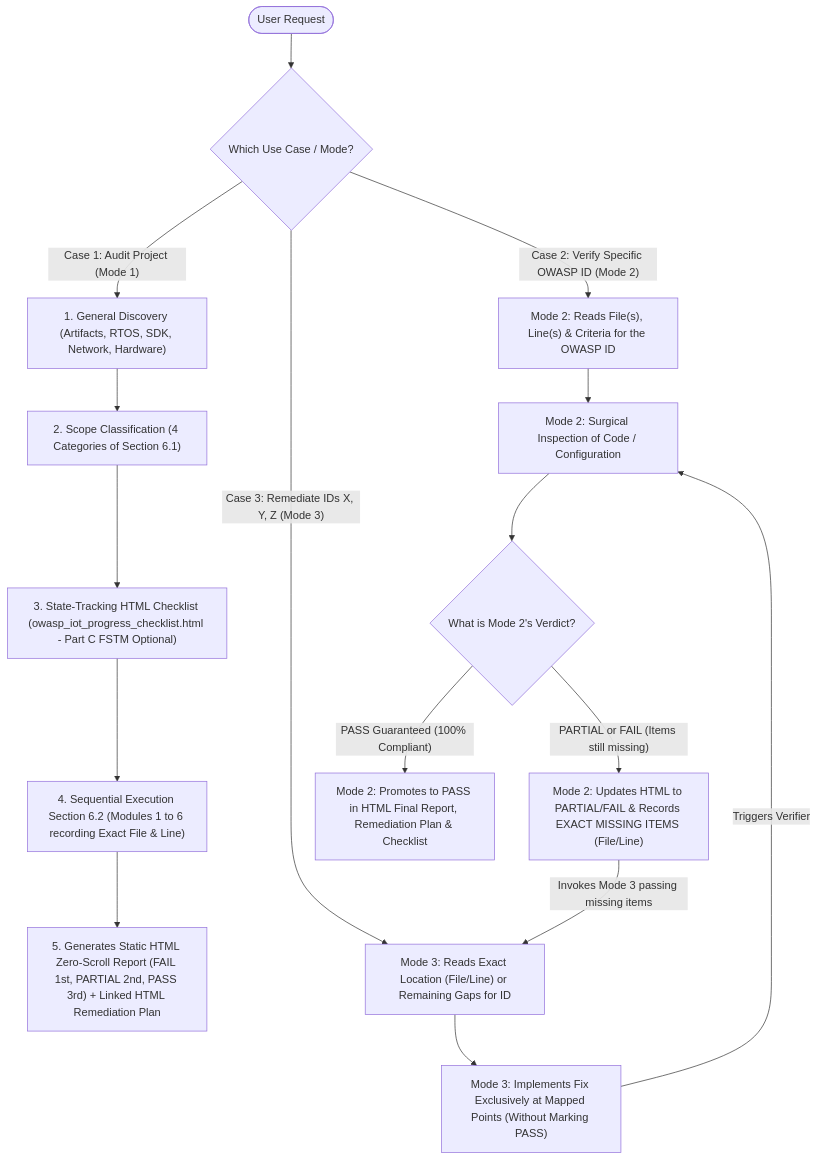
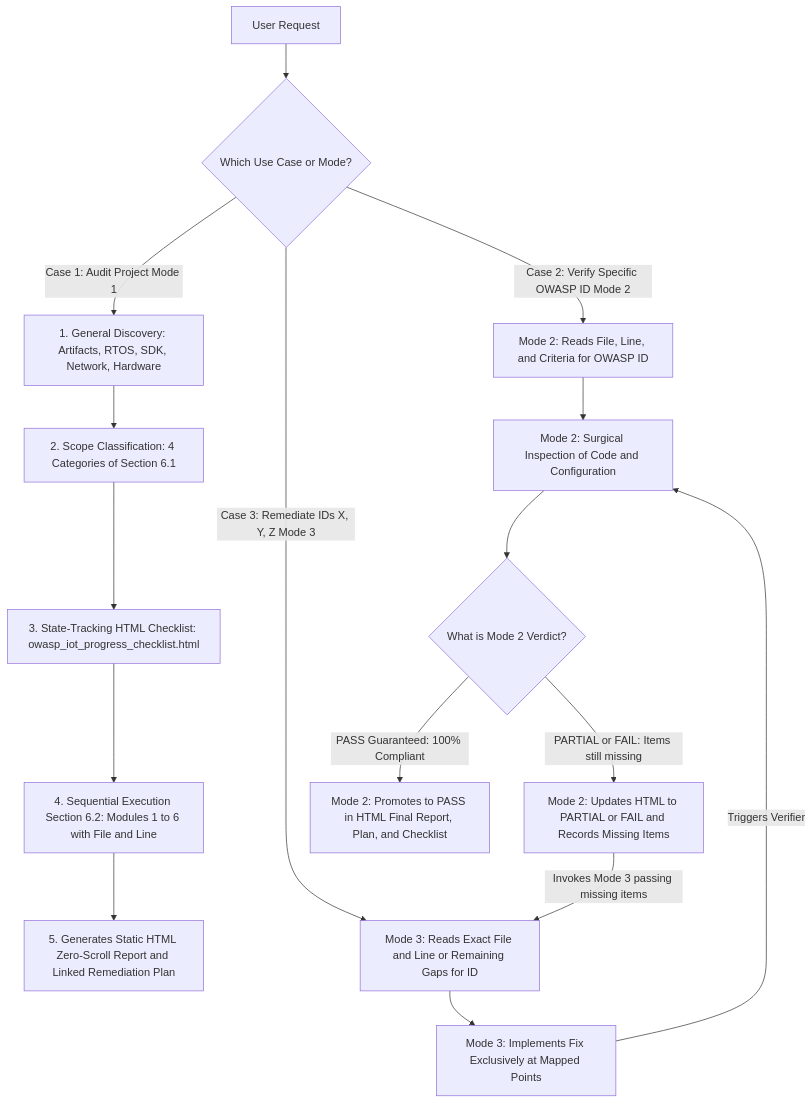
The first of 4 diagrams in .agents/skills/owasp-iot-auditor/SKILL.md (BrunoReiff/embed-sec-auditor), drawn with Mermaid before and after one commit. The commit also changed other lines of this file and 4 other files, not shown here.

Commit message:
fix(docs): resolve GitHub Mermaid syntax error across README and SKILL.md

````diff
--- a/.agents/skills/owasp-iot-auditor/SKILL.md
+++ b/.agents/skills/owasp-iot-auditor/SKILL.md
@@ -32,28 +32,28 @@
 ```mermaid
 flowchart TD
-    USER(["User Request"]) --> ROUTER{"Which Use Case / Mode?"}
+    USER["User Request"] --> ROUTER{"Which Use Case or Mode?"}
 
     %% USE CASE 1: MODE 1
-    ROUTER -->|"Case 1: Audit Project (Mode 1)"| M1_E1["1. General Discovery (Artifacts, RTOS, SDK, Network, Hardware)"]
-    M1_E1 --> M1_E2["2. Scope Classification (4 Categories of Section 6.1)"]
-    M1_E2 --> M1_E3["3. State-Tracking HTML Checklist (owasp_iot_progress_checklist.html - Part C FSTM Optional)"]
-    M1_E3 --> M1_E4["4. Sequential Execution Section 6.2 (Modules 1 to 6 recording Exact File & Line)"]
-    M1_E4 --> M1_E5["5. Generates Static HTML Zero-Scroll Report (FAIL 1st, PARTIAL 2nd, PASS 3rd) + Linked HTML Remediation Plan"]
+    ROUTER -->|Case 1: Audit Project Mode 1| M1_E1["1. General Discovery: Artifacts, RTOS, SDK, Network, Hardware"]
+    M1_E1 --> M1_E2["2. Scope Classification: 4 Categories of Section 6.1"]
+    M1_E2 --> M1_E3["3. State-Tracking HTML Checklist: owasp_iot_progress_checklist.html"]
+    M1_E3 --> M1_E4["4. Sequential Execution Section 6.2: Modules 1 to 6 with File and Line"]
+    M1_E4 --> M1_E5["5. Generates Static HTML Zero-Scroll Report and Linked Remediation Plan"]
 
-    %% USE CASE 2: MODE 2 (DIRECT OR VIA EXTERNAL AGENT)
-    ROUTER -->|"Case 2: Verify Specific OWASP ID (Mode 2)"| M2_READ["Mode 2: Reads File(s), Line(s) & Criteria for the OWASP ID"]
-    M2_READ --> M2_INSP["Mode 2: Surgical Inspection of Code / Configuration"]
-    M2_INSP --> M2_JUDGE{"What is Mode 2's Verdict?"}
+    %% USE CASE 2: MODE 2
+    ROUTER -->|Case 2: Verify Specific OWASP ID Mode 2| M2_READ["Mode 2: Reads File, Line, and Criteria for OWASP ID"]
+    M2_READ --> M2_INSP["Mode 2: Surgical Inspection of Code and Configuration"]
+    M2_INSP --> M2_JUDGE{"What is Mode 2 Verdict?"}
 
-    %% USE CASE 3: MODE 3 (REMEDIATION + CLOSED LOOP)
-    ROUTER -->|"Case 3: Remediate IDs X, Y, Z (Mode 3)"| M3_LOC["Mode 3: Reads Exact Location (File/Line) or Remaining Gaps for ID"]
-    M3_LOC --> M3_FIX["Mode 3: Implements Fix Exclusively at Mapped Points (Without Marking PASS)"]
-    M3_FIX -->|"Triggers Verifier"| M2_INSP
+    %% USE CASE 3: MODE 3
+    ROUTER -->|Case 3: Remediate IDs X, Y, Z Mode 3| M3_LOC["Mode 3: Reads Exact File and Line or Remaining Gaps for ID"]
+    M3_LOC --> M3_FIX["Mode 3: Implements Fix Exclusively at Mapped Points"]
+    M3_FIX -->|Triggers Verifier| M2_INSP
 
     %% CLOSED LOOP MODE 2 <-> MODE 3
-    M2_JUDGE -->|"PARTIAL or FAIL (Items still missing)"| M2_DELTA["Mode 2: Updates HTML to PARTIAL/FAIL & Records EXACT MISSING ITEMS (File/Line)"]
-    M2_DELTA -->|"Invokes Mode 3 passing missing items"| M3_LOC
+    M2_JUDGE -->|PARTIAL or FAIL: Items still missing| M2_DELTA["Mode 2: Updates HTML to PARTIAL or FAIL and Records Missing Items"]
+    M2_DELTA -->|Invokes Mode 3 passing missing items| M3_LOC
 
     %% EXCLUSIVE PROMOTION BY MODE 2
-    M2_JUDGE -->|"PASS Guaranteed (100% Compliant)"| M2_PROMOTE["Mode 2: Promotes to PASS in HTML Final Report, Remediation Plan & Checklist"]
+    M2_JUDGE -->|PASS Guaranteed: 100% Compliant| M2_PROMOTE["Mode 2: Promotes to PASS in HTML Final Report, Plan, and Checklist"]
 ```
````
